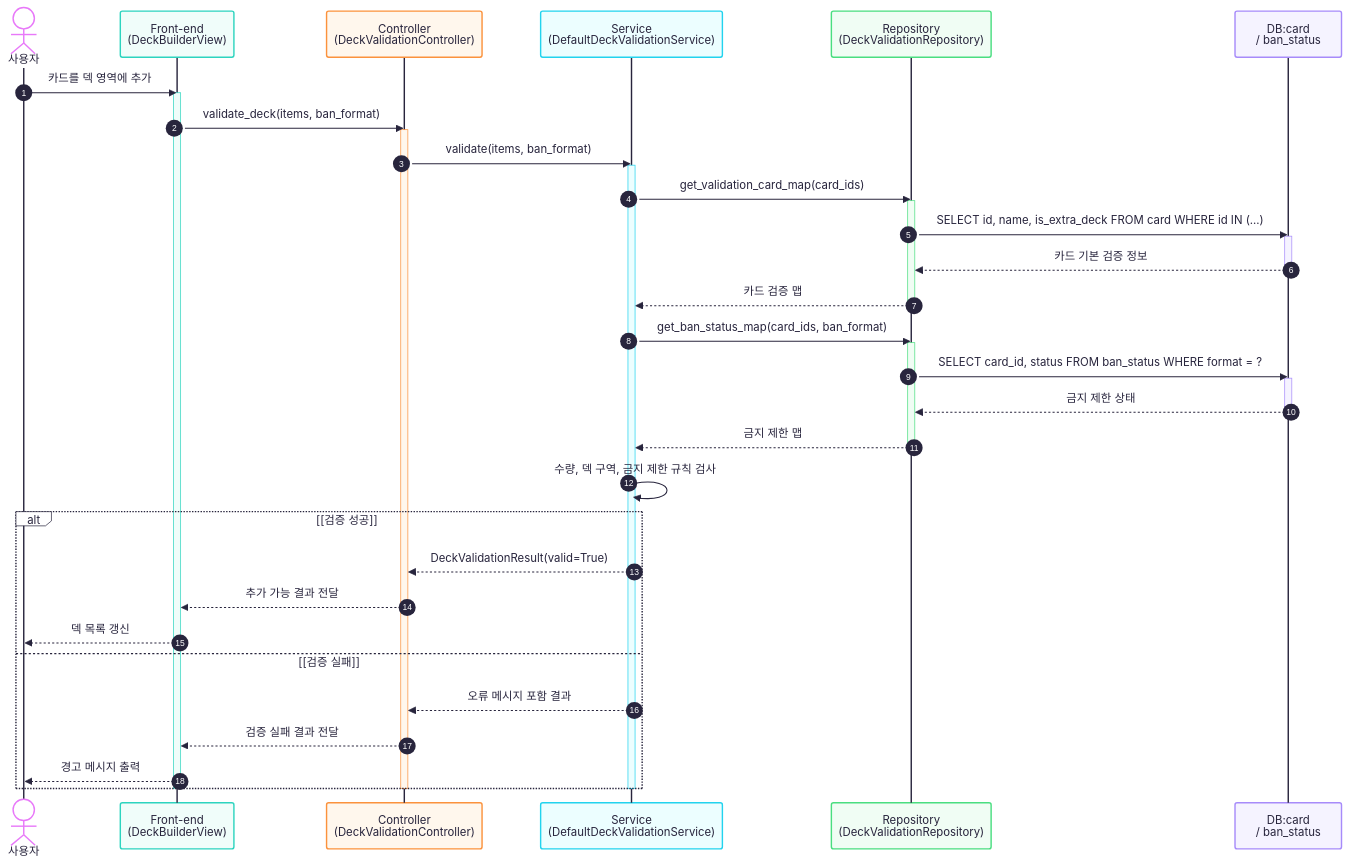
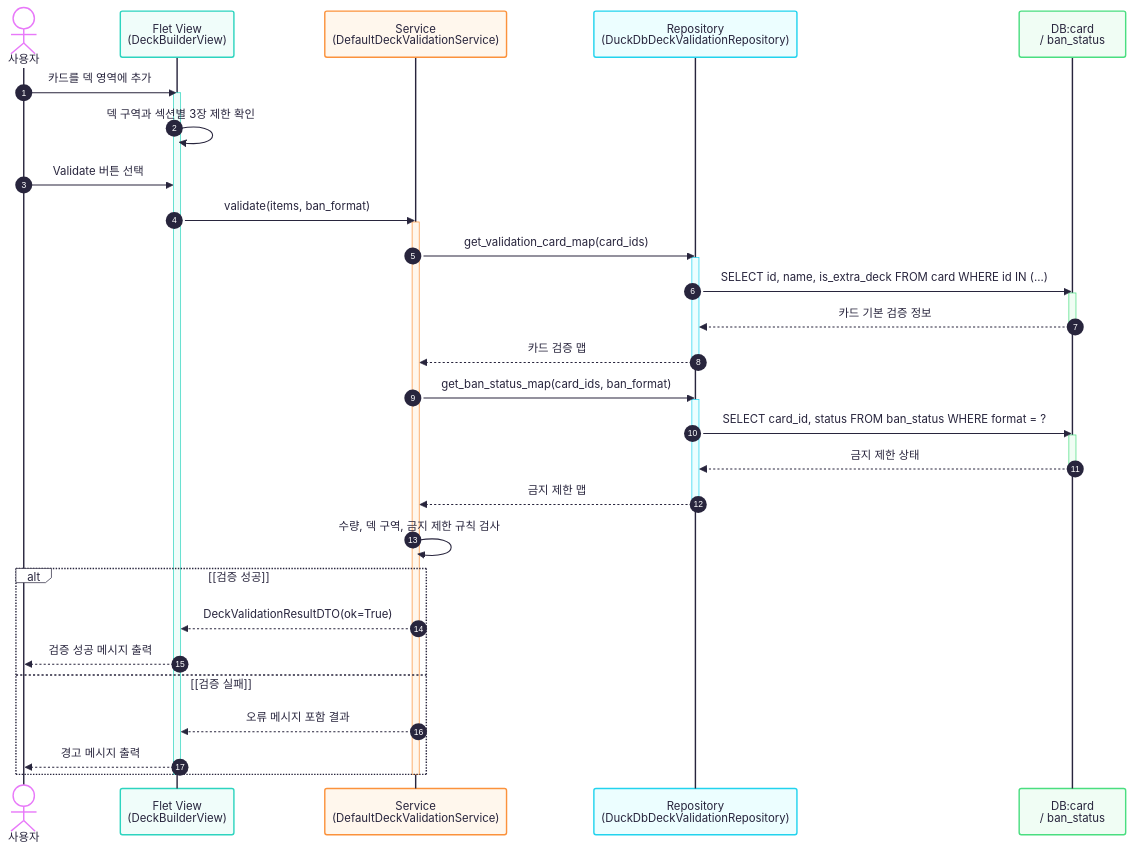
The diagram in docs/mermaid/07_seq_uc04_deck_validate.mmd (jsh42672/db_02_duckdb), drawn with Mermaid before and after one commit. The commit also changed 47 other files, not shown here.

```diff
--- a/docs/mermaid/07_seq_uc04_deck_validate.mmd
+++ b/docs/mermaid/07_seq_uc04_deck_validate.mmd
@@ -1,54 +1,51 @@
 ---
 config:
   theme: redux-color
 ---
 sequenceDiagram
     autonumber
 
     actor User as 사용자
-    participant FE as Front-end<br/>(DeckBuilderView)
-    participant Ctrl as Controller<br/>(DeckValidationController)
+    participant FE as Flet View<br/>(DeckBuilderView)
     participant Svc as Service<br/>(DefaultDeckValidationService)
-    participant Repo as Repository<br/>(DeckValidationRepository)
+    participant Repo as Repository<br/>(DuckDbDeckValidationRepository)
     participant DB as DB:card<br/>/ ban_status
 
     User->>FE: 카드를 덱 영역에 추가
     activate FE
-    FE->>Ctrl: validate_deck(items, ban_format)
-    activate Ctrl
-    Ctrl->>Svc: validate(items, ban_format)
+    FE->>FE: 덱 구역과 섹션별 3장 제한 확인
+
+    User->>FE: Validate 버튼 선택
+    FE->>Svc: validate(items, ban_format)
     activate Svc
 
     Svc->>Repo: get_validation_card_map(card_ids)
     activate Repo
     Repo->>DB: SELECT id, name, is_extra_deck FROM card WHERE id IN (...)
     activate DB
     DB-->>Repo: 카드 기본 검증 정보
     deactivate DB
     Repo-->>Svc: 카드 검증 맵
     deactivate Repo
 
     Svc->>Repo: get_ban_status_map(card_ids, ban_format)
     activate Repo
     Repo->>DB: SELECT card_id, status FROM ban_status WHERE format = ?
     activate DB
     DB-->>Repo: 금지 제한 상태
     deactivate DB
     Repo-->>Svc: 금지 제한 맵
     deactivate Repo
 
     Svc->>Svc: 수량, 덱 구역, 금지 제한 규칙 검사
 
     alt [검증 성공]
-        Svc-->>Ctrl: DeckValidationResult(valid=True)
-        Ctrl-->>FE: 추가 가능 결과 전달
-        FE-->>User: 덱 목록 갱신
+        Svc-->>FE: DeckValidationResultDTO(ok=True)
+        FE-->>User: 검증 성공 메시지 출력
     else [검증 실패]
-        Svc-->>Ctrl: 오류 메시지 포함 결과
-        Ctrl-->>FE: 검증 실패 결과 전달
+        Svc-->>FE: 오류 메시지 포함 결과
         FE-->>User: 경고 메시지 출력
     end
 
     deactivate Svc
-    deactivate Ctrl
     deactivate FE
```
